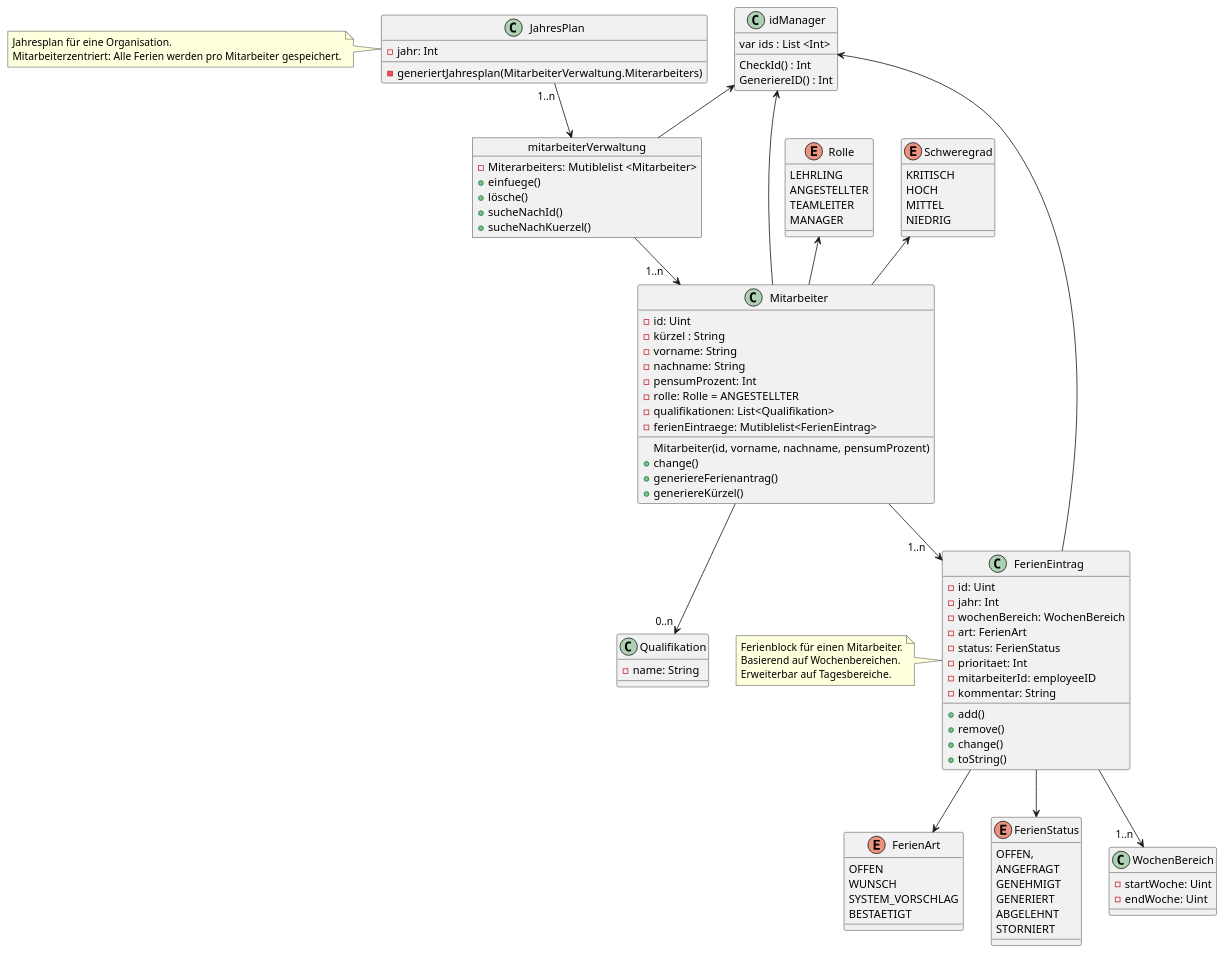
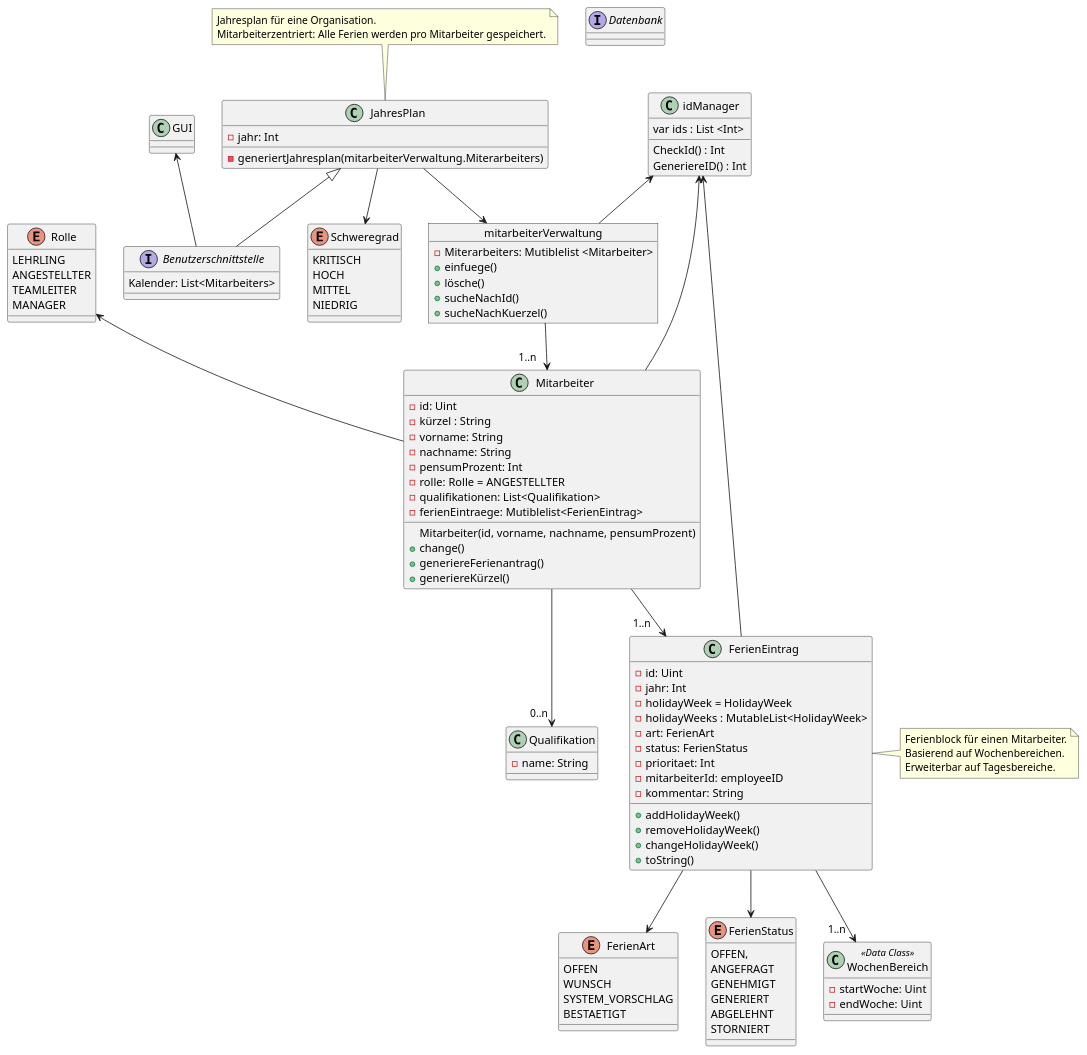
Before and after one commit to TheMorrisino/Semesterarbeiten_NDS_ABBTS: the diagram in 1_Semesterarbeit/Ressourcix/doc/Ressourcix_Struktur_Deutsch_V0.2.puml, drawn with PlantUML. The commit also changed 2 other files, not shown here.

Commit message:
Diagramm und main und FerienEintrag angepasst

```diff
--- a/1_Semesterarbeit/Ressourcix/doc/Ressourcix_Struktur_Deutsch_V0.2.puml
+++ b/1_Semesterarbeit/Ressourcix/doc/Ressourcix_Struktur_Deutsch_V0.2.puml
@@ -1,133 +1,172 @@
 @startuml
 
 ' =========================
 ' Basis-Werteobjekte & Enums
 ' =========================
 enum Rolle {
   LEHRLING
   ANGESTELLTER
   TEAMLEITER
   MANAGER
 }
 
 enum FerienArt {
   OFFEN
   WUNSCH
   SYSTEM_VORSCHLAG
   BESTAETIGT
 }
 
 enum FerienStatus {
   OFFEN,
   ANGEFRAGT
   GENEHMIGT
   GENERIERT
   ABGELEHNT
   STORNIERT
 }
 
 enum Schweregrad {
   KRITISCH
   HOCH
   MITTEL
   NIEDRIG
 }
 
 class Qualifikation {
   - name: String
 }
 
 ' =========================
 ' Kern-Domäne
 ' =========================
 
 
 class JahresPlan {
     - jahr: Int
-    - generiertJahresplan(MitarbeiterVerwaltung.Miterarbeiters)
+    - generiertJahresplan(mitarbeiterVerwaltung.Miterarbeiters)
 }
 
 object mitarbeiterVerwaltung{
      - Miterarbeiters: Mutiblelist <Mitarbeiter>
      + einfuege()
      + lösche()
      + sucheNachId()
      + sucheNachKuerzel()
 }
 
 class Mitarbeiter {
   - id: Uint
   - kürzel : String
   - vorname: String
   - nachname: String
   - pensumProzent: Int
   - rolle: Rolle = ANGESTELLTER
   - qualifikationen: List<Qualifikation>
   - ferienEintraege: Mutiblelist<FerienEintrag>
   Mitarbeiter(id, vorname, nachname, pensumProzent)
   + change()
   + generiereFerienantrag()
   + generiereKürzel()
 }
 
 class FerienEintrag {
   - id: Uint
   - jahr: Int
-  - wochenBereich: WochenBereich
+  - holidayWeek = HolidayWeek
+  - holidayWeeks : MutableList<HolidayWeek>
   - art: FerienArt
   - status: FerienStatus
   - prioritaet: Int
   - mitarbeiterId: employeeID
   - kommentar: String
-  + add()
-  + remove()
-  + change()
+  + addHolidayWeek()
+  + removeHolidayWeek()
+  + changeHolidayWeek()
   + toString()
 }
 
-class WochenBereich {
+  class  WochenBereich <<Data Class>> {
   - startWoche: Uint
   - endWoche: Uint
 }
 
 class idManager {
     var ids : List <Int>
     CheckId() : Int
     GeneriereID() : Int
 }
 
+class GUI {
+
+}
+
+
+interface Benutzerschnittstelle {
+    Kalender: List<Mitarbeiters>
+
+
+
+}
+
+interface Datenbank {
+
+}
+
+interface Datenbank {
+
+}
+
+
+
+
+
 ' =========================
 ' Beziehungen
 ' =========================
 
-JahresPlan "1..n" -->  mitarbeiterVerwaltung
+JahresPlan -->  mitarbeiterVerwaltung
+JahresPlan <|-- Benutzerschnittstelle
+JahresPlan --> Schweregrad
+
+
+
 mitarbeiterVerwaltung --> "1..n    " Mitarbeiter
+
+
+
+
 Mitarbeiter --> "1..n    "  FerienEintrag
 Mitarbeiter  --> "0..n "  Qualifikation
+
 FerienEintrag  --> "1..n  "  WochenBereich
 
 idManager  <--   mitarbeiterVerwaltung
 idManager  <--   FerienEintrag
 idManager  <--   Mitarbeiter
 
+GUI <-- Benutzerschnittstelle
+
+
+
 Rolle <-- Mitarbeiter
-Schweregrad <-- Mitarbeiter
+
 
 FerienEintrag --> FerienArt
 FerienEintrag --> FerienStatus
 
 
-note left of JahresPlan
+note top of JahresPlan
   Jahresplan für eine Organisation.
   Mitarbeiterzentriert: Alle Ferien werden pro Mitarbeiter gespeichert.
 end note
 
-note left of FerienEintrag
+note right of FerienEintrag
   Ferienblock für einen Mitarbeiter.
   Basierend auf Wochenbereichen.
   Erweiterbar auf Tagesbereiche.
 end note
 
 
 
 @enduml
```
